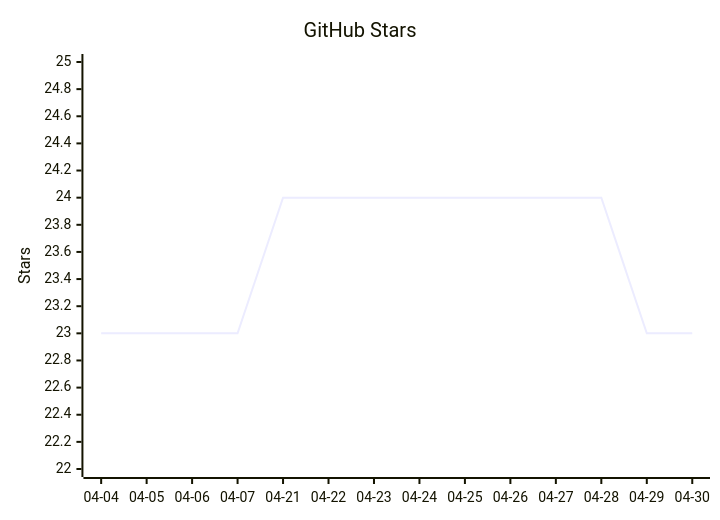
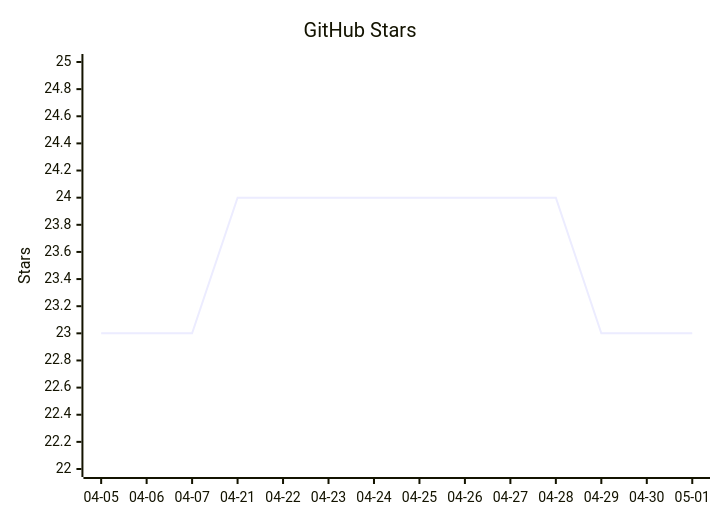
Before and after one commit to vectie/moonclaw: the diagram in README.mbt.md, drawn with Mermaid. The commit also changed other lines of this file and 1 other file, not shown here.

Commit message:
Update README star growth

````diff
--- a/README.mbt.md
+++ b/README.mbt.md
@@ -489,7 +489,7 @@
 ```mermaid
 xychart-beta
     title "GitHub Stars"
-    x-axis ["04-04","04-05","04-06","04-07","04-21","04-22","04-23","04-24","04-25","04-26","04-27","04-28","04-29","04-30"]
+    x-axis ["04-05","04-06","04-07","04-21","04-22","04-23","04-24","04-25","04-26","04-27","04-28","04-29","04-30","05-01"]
     y-axis "Stars" 22 --> 25
-    line [23,23,23,23,24,24,24,24,24,24,24,24,23,23]
+    line [23,23,23,24,24,24,24,24,24,24,24,23,23,23]
 ```
````
